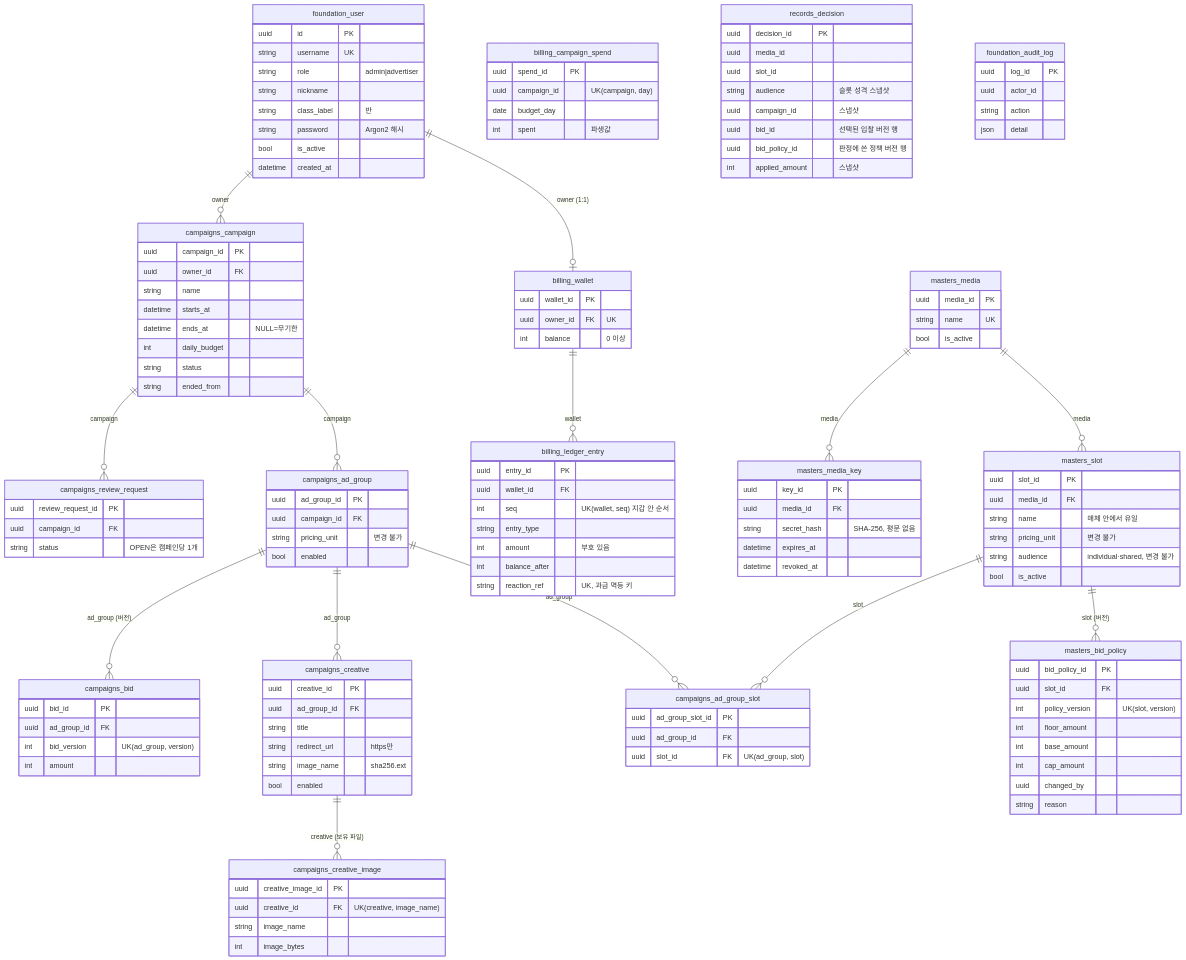
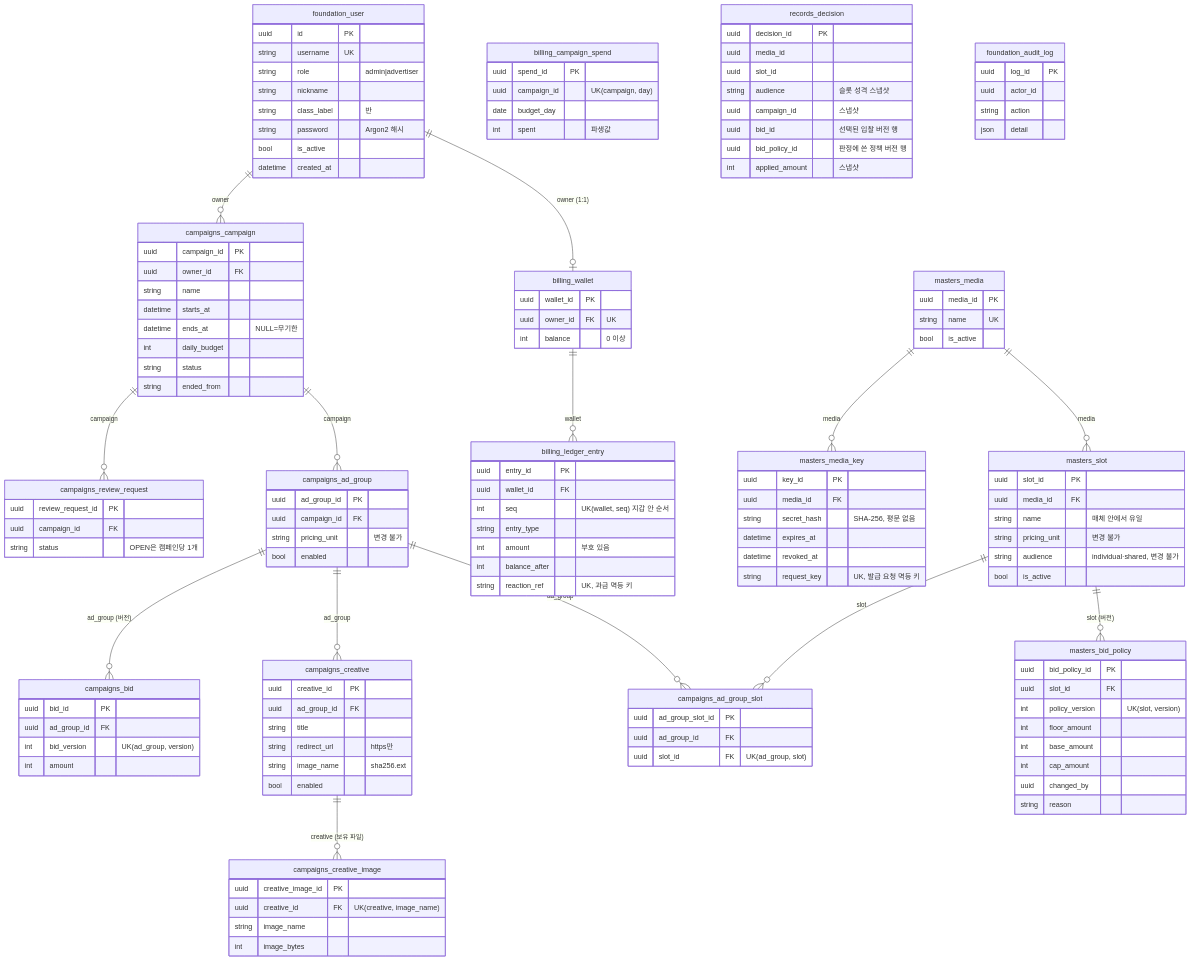
Before and after one commit to encore-ai-campus/mlo-01-p3-team2: the second of 7 diagrams in docs/ads-server/ads-server-drd.md, drawn with Mermaid. The commit also changed other lines of this file and 3 other files, not shown here.

Commit message:
[Doc] 광고 서버 Step 3-1c·3-1d 반영 — 위협 모델 T43·T44 행, 광고주 비활성화(송출 정지·세션 폐기 버전·사용자 관리 화면의 역할·is_superuser 읽기 전용·계정 추가 없음), 재검토 반려·해제의 잠금·대조, 두 번 하면 안 되는 동작은 요청 키(adjust_key·request_key), DRD 0.25(#25)

```diff
--- a/docs/ads-server/ads-server-drd.md
+++ b/docs/ads-server/ads-server-drd.md
@@ -299,6 +299,7 @@
         string secret_hash "SHA-256, 평문 없음"
         datetime expires_at
         datetime revoked_at
+        string request_key "UK, 발급 요청 멱등 키"
     }
     campaigns_creative_image {
         uuid creative_image_id PK
```
